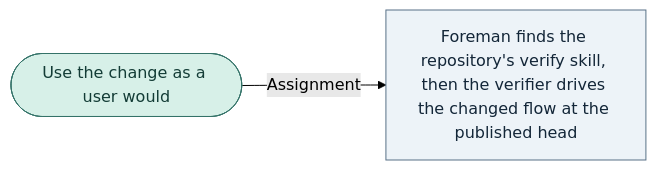
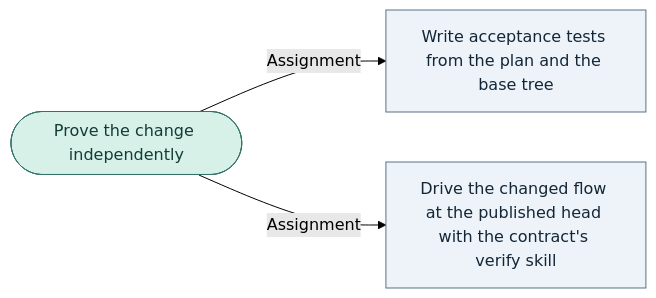
Before and after one commit to bookout-labs/tools: the diagram in docs/graph/blueprint/views/workers/verifier.mmd, drawn with Mermaid (forest theme). The commit also changed 40 other files, not shown here.

```diff
--- a/docs/graph/blueprint/views/workers/verifier.mmd
+++ b/docs/graph/blueprint/views/workers/verifier.mmd
@@ -1,9 +1,11 @@
 flowchart LR
-    n0(["Use the change as a user would"]):::worker
-    n1["Foreman finds the repository's verify skill, then the verifier drives the changed flow at the published head"]:::step
+    n0(["Prove the change independently"]):::worker
+    n1["Write acceptance tests from the plan and the base tree"]:::step
+    n2["Drive the changed flow at the published head with the contract's verify skill"]:::step
     n0 -->|"Assignment"| n1
+    n0 -->|"Assignment"| n2
     classDef stage fill:#dcebf8,stroke:#315675,color:#10283b
     classDef step fill:#edf3f8,stroke:#597187,color:#132638
     classDef worker fill:#d7f0e8,stroke:#357369,color:#133c36
     classDef gate fill:#fff0c9,stroke:#89641f,color:#3f2b0b
     classDef terminal fill:#f0f0f0,stroke:#666666,color:#202020
```
